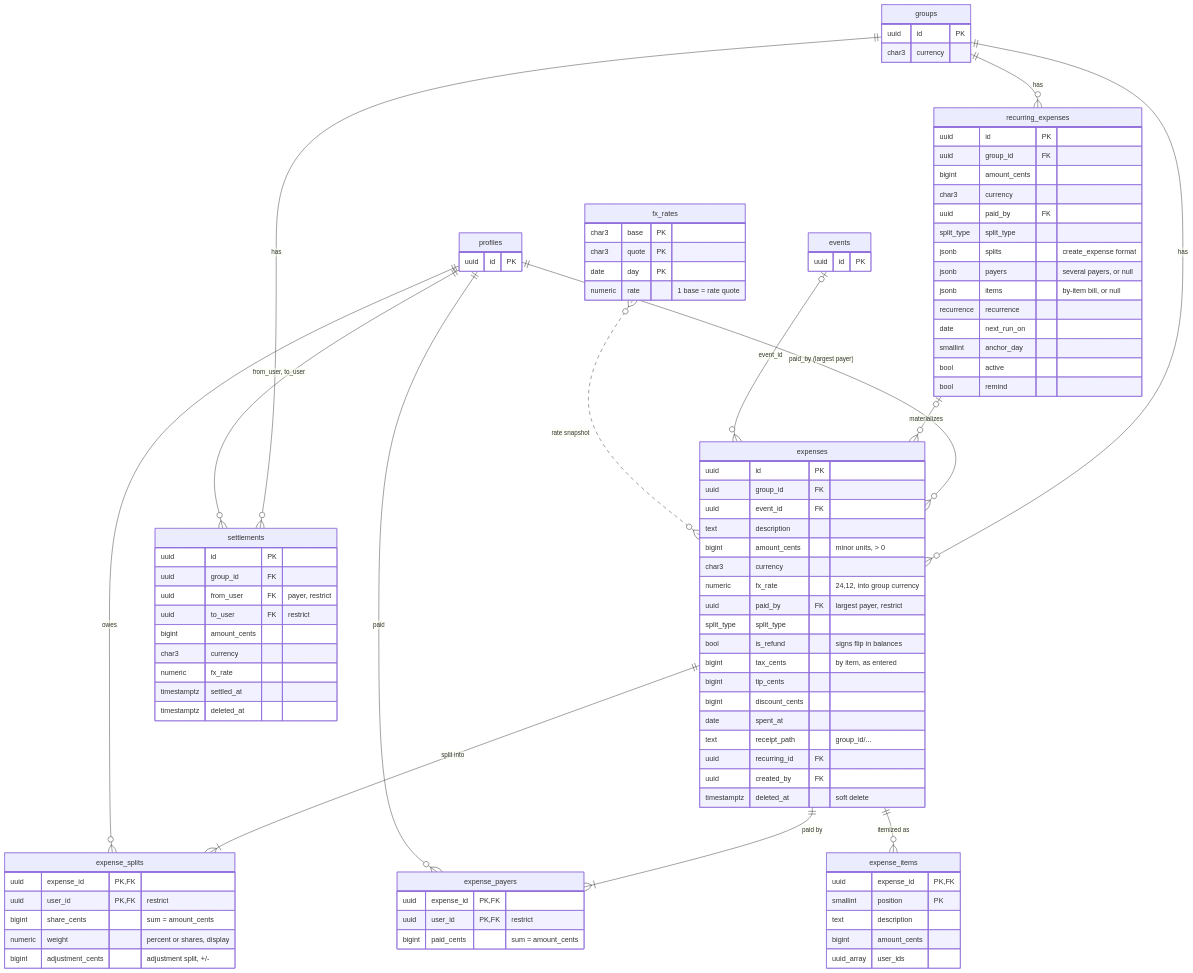
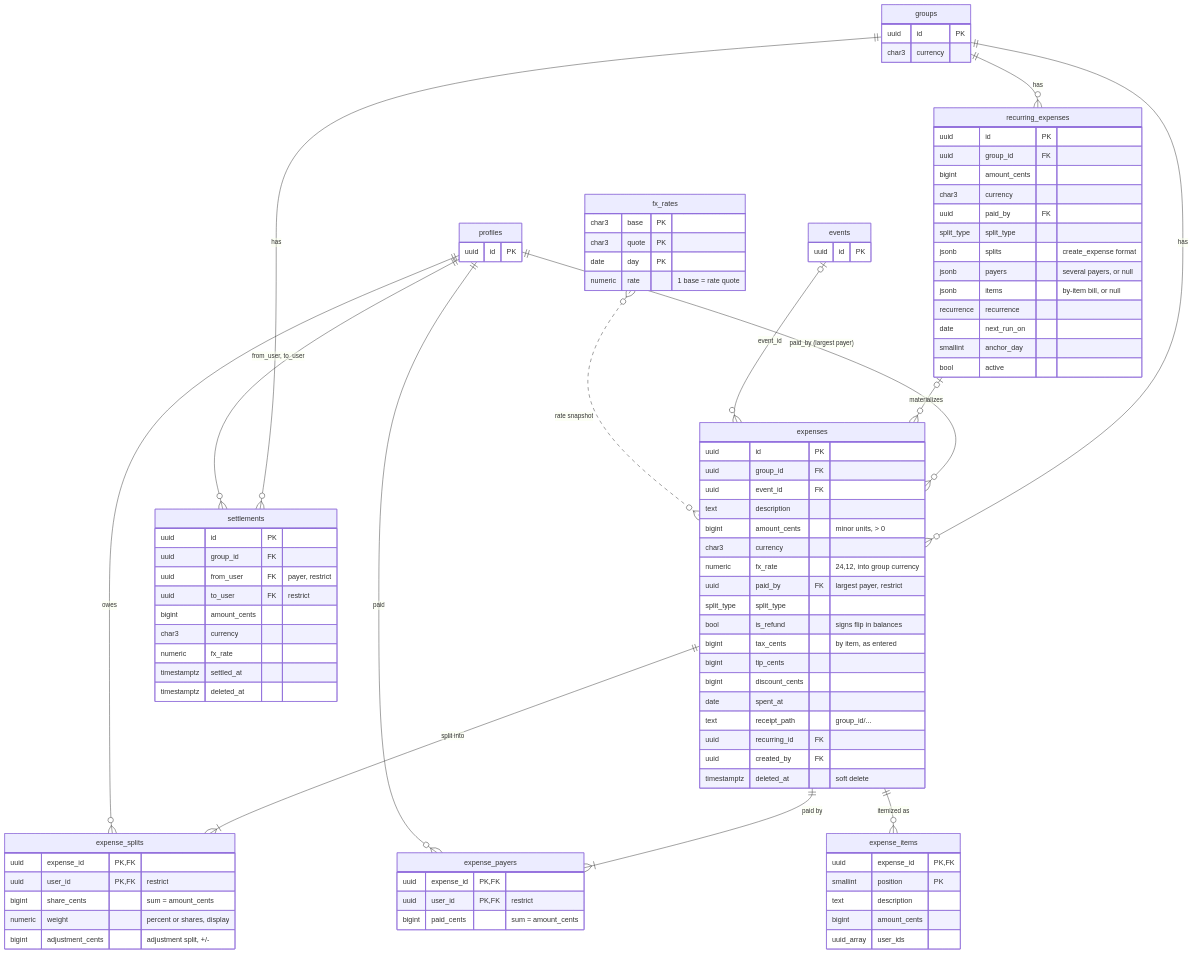
Before and after one commit to Fermulate/potluck: the fifth of 6 diagrams in docs/architecture.md, drawn with Mermaid. The commit also changed other lines of this file and 19 other files, not shown here.

```diff
--- a/docs/architecture.md
+++ b/docs/architecture.md
@@ -287,7 +287,6 @@
     date next_run_on
     smallint anchor_day
     bool active
-    bool remind
   }
   settlements {
     uuid id PK
```
